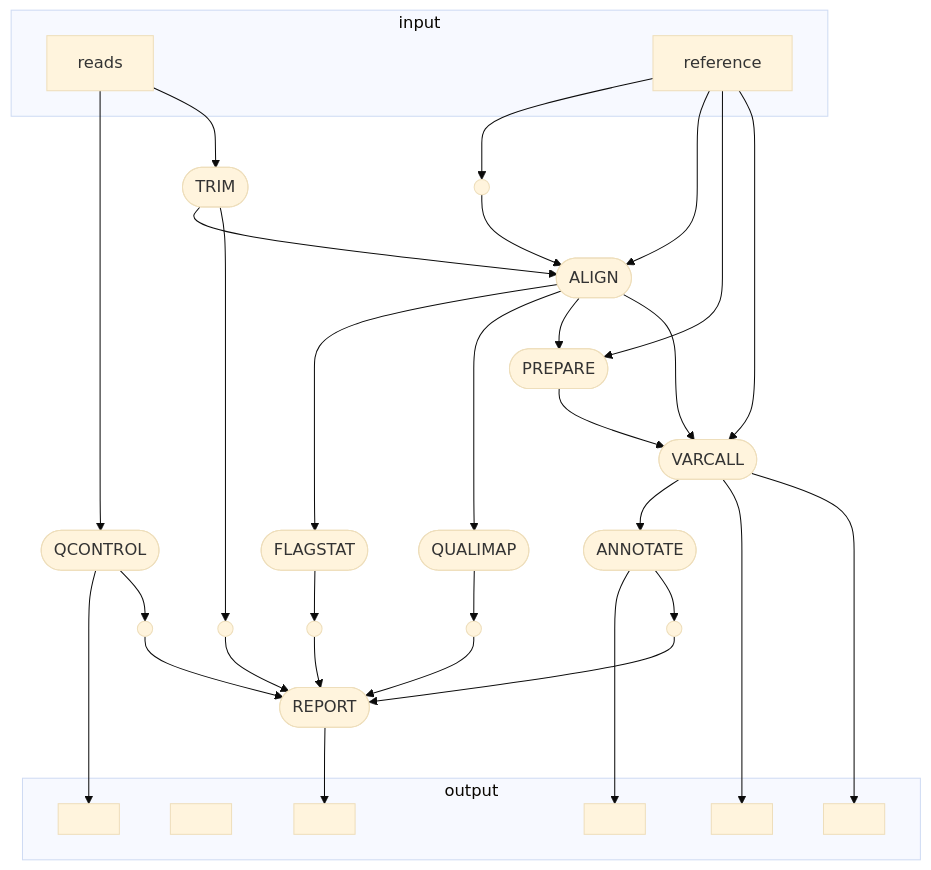
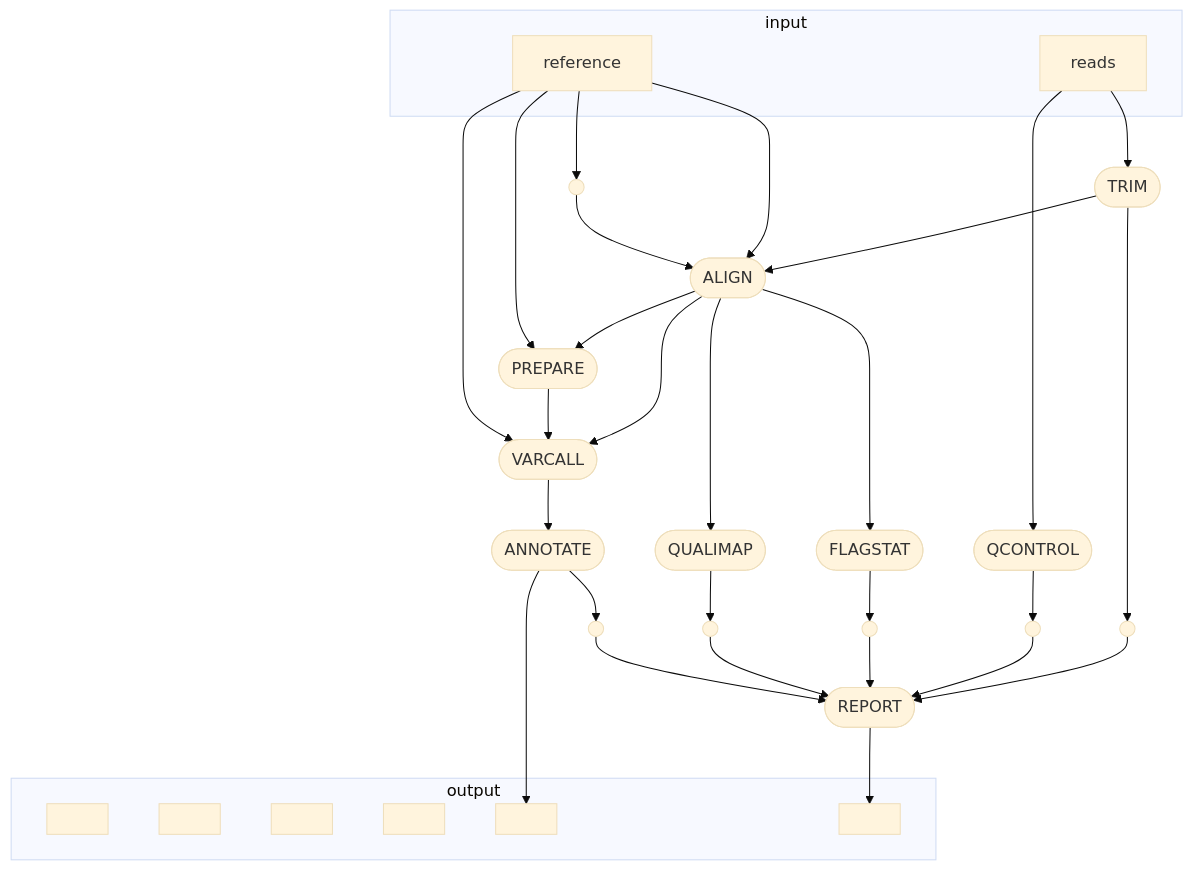
The second of 2 diagrams in README.md (glebus-sasha/deepvariant_nf), drawn with Mermaid before and after one commit.

````diff
--- a/README.md
+++ b/README.md
@@ -35,60 +35,57 @@
 ```mermaid
 %%{init: {'theme':'base'}}%%
 flowchart TB
     subgraph "input"
     v0["reads"]
     v1["reference"]
     end
     v3([QCONTROL])
     subgraph "output"
     v4[" "]
     v6[" "]
     v15[" "]
     v16[" "]
     v18[" "]
     v25[" "]
     end
     v5([TRIM])
     v8([ALIGN])
     v9([FLAGSTAT])
     v10([QUALIMAP])
     v12([PREPARE])
     v14([VARCALL])
     v17([ANNOTATE])
     v24([REPORT])
     v2(( ))
     v19(( ))
     v20(( ))
     v21(( ))
     v22(( ))
     v23(( ))
     v0 --> v3
     v0 --> v5
     v1 --> v2
-    v3 --> v4
     v3 --> v20
     v5 --> v8
     v5 --> v19
     v1 --> v8
     v2 --> v8
     v8 --> v9
     v8 --> v10
     v8 --> v12
     v8 --> v14
     v9 --> v21
     v10 --> v22
     v1 --> v12
     v12 --> v14
     v1 --> v14
     v14 --> v17
-    v14 --> v16
-    v14 --> v15
     v17 --> v18
     v17 --> v23
     v19 --> v24
     v20 --> v24
     v21 --> v24
     v22 --> v24
     v23 --> v24
     v24 --> v25
 ```
````
